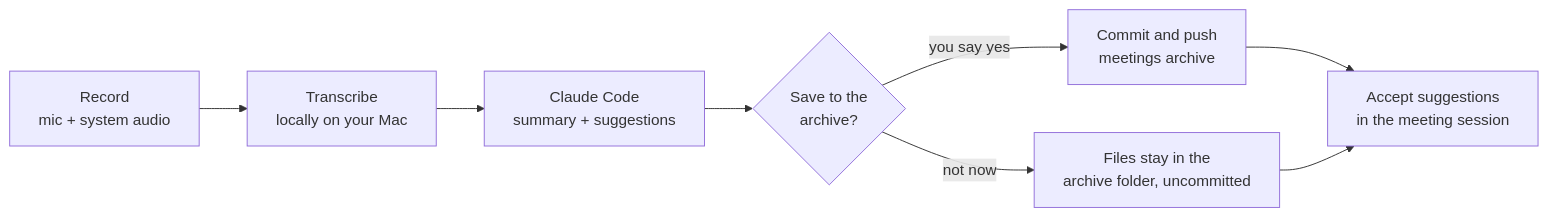
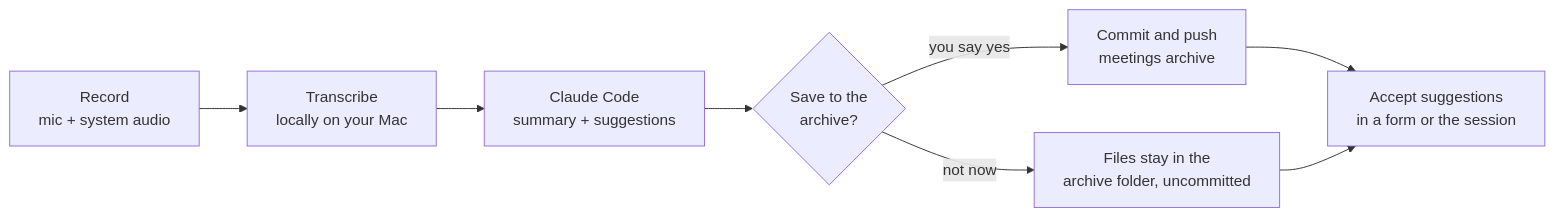
One commit to GabiHert/notted changed the diagram in README.md. Above: the diagram before and after it, drawn with Mermaid. The commit also changed other lines of this file and 3 other files, not shown here.

````diff
--- a/README.md
+++ b/README.md
@@ -27,10 +27,10 @@
 ```mermaid
 flowchart LR
     A[Record<br>mic + system audio] --> B[Transcribe<br>locally on your Mac]
     B --> C[Claude Code<br>summary + suggestions]
     C --> D{Save to the<br>archive?}
     D -- you say yes --> E[Commit and push<br>meetings archive]
     D -- not now --> F[Files stay in the<br>archive folder, uncommitted]
-    E --> G[Accept suggestions<br>in the meeting session]
+    E --> G[Accept suggestions<br>in a form or the session]
     F --> G
 ```
````
